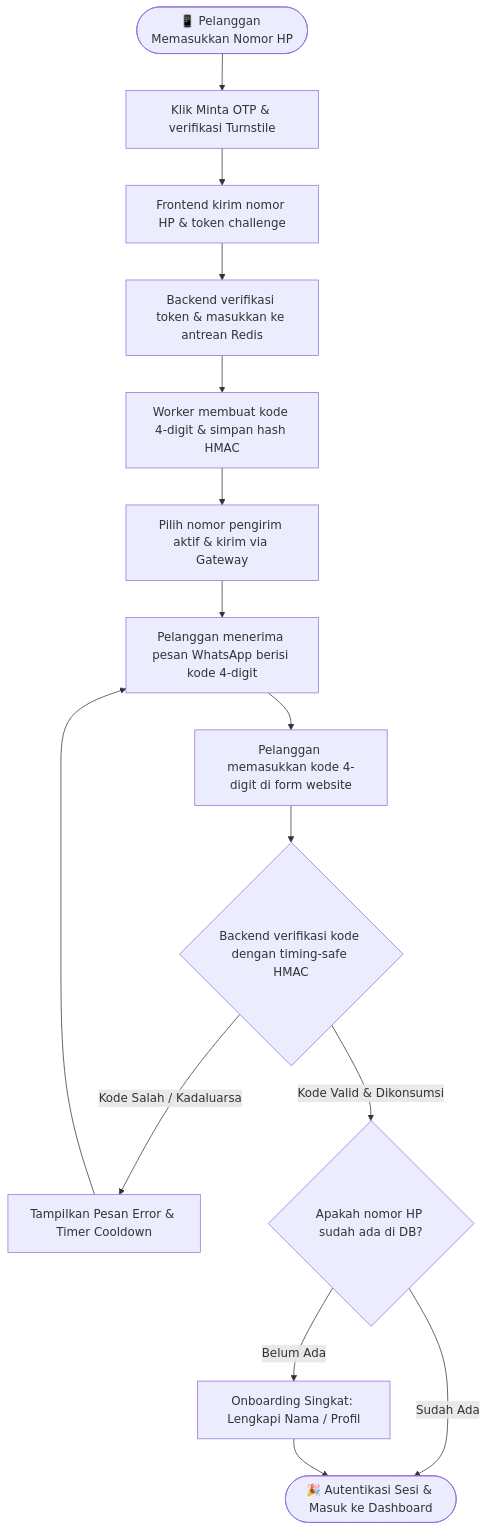
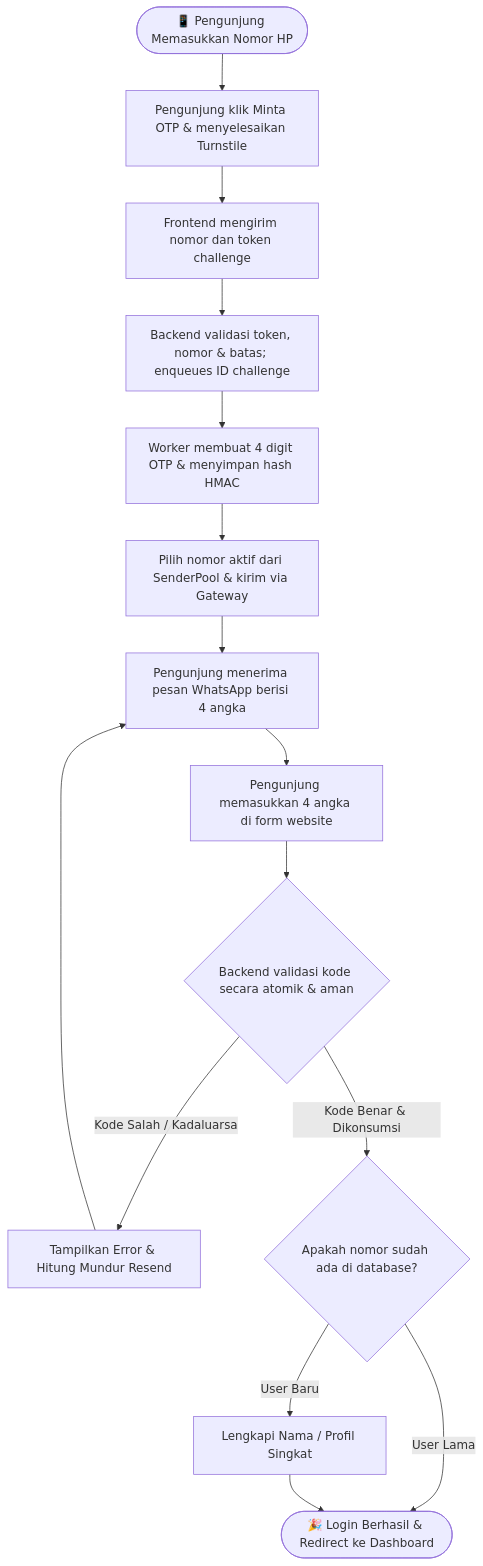
Before and after one commit to billi-panca-wijaya/wa-gateway: the diagram in README.id.md, drawn with Mermaid. The commit also changed other lines of this file and 235 other files, not shown here.

````diff
--- a/README.id.md
+++ b/README.id.md
@@ -118,19 +124,19 @@
 ```mermaid
 flowchart TD
-    Start([📱 Pelanggan Memasukkan Nomor HP]) --> Bot[Klik Minta OTP & verifikasi Turnstile]
-    Bot --> Step1[Frontend kirim nomor HP & token challenge]
-    Step1 --> Step2[Backend verifikasi token & masukkan ke antrean Redis]
-    Step2 --> Step3[Worker membuat kode 4-digit & simpan hash HMAC]
-    Step3 --> Step4[Pilih nomor pengirim aktif & kirim via Gateway]
-    Step4 --> Step5[Pelanggan menerima pesan WhatsApp berisi kode 4-digit]
-    Step5 --> Step6[Pelanggan memasukkan kode 4-digit di form website]
-    Step6 --> Step7{Backend verifikasi kode dengan timing-safe HMAC}
+    Start([📱 Pengunjung Memasukkan Nomor HP]) --> Bot[Pengunjung klik Minta OTP & menyelesaikan Turnstile]
+    Bot --> Step1[Frontend mengirim nomor dan token challenge]
+    Step1 --> Step2[Backend validasi token, nomor & batas; enqueues ID challenge]
+    Step2 --> Step3[Worker membuat 4 digit OTP & menyimpan hash HMAC]
+    Step3 --> Step4[Pilih nomor aktif dari SenderPool & kirim via Gateway]
+    Step4 --> Step5[Pengunjung menerima pesan WhatsApp berisi 4 angka]
+    Step5 --> Step6[Pengunjung memasukkan 4 angka di form website]
+    Step6 --> Step7{Backend validasi kode secara atomik & aman}
     
-    Step7 -- Kode Salah / Kadaluarsa --> Error[Tampilkan Pesan Error & Timer Cooldown]
+    Step7 -- Kode Salah / Kadaluarsa --> Error[Tampilkan Error & Hitung Mundur Resend]
     Error --> Step5
     
-    Step7 -- Kode Valid & Dikonsumsi --> CheckUser{Apakah nomor HP sudah ada di DB?}
-    CheckUser -- Sudah Ada --> AuthSuccess([🎉 Autentikasi Sesi & Masuk ke Dashboard])
-    CheckUser -- Belum Ada --> Onboard[Onboarding Singkat: Lengkapi Nama / Profil]
+    Step7 -- Kode Benar & Dikonsumsi --> CheckUser{Apakah nomor sudah ada di database?}
+    CheckUser -- User Lama --> AuthSuccess([🎉 Login Berhasil & Redirect ke Dashboard])
+    CheckUser -- User Baru --> Onboard[Lengkapi Nama / Profil Singkat]
     Onboard --> AuthSuccess
 ```
````
